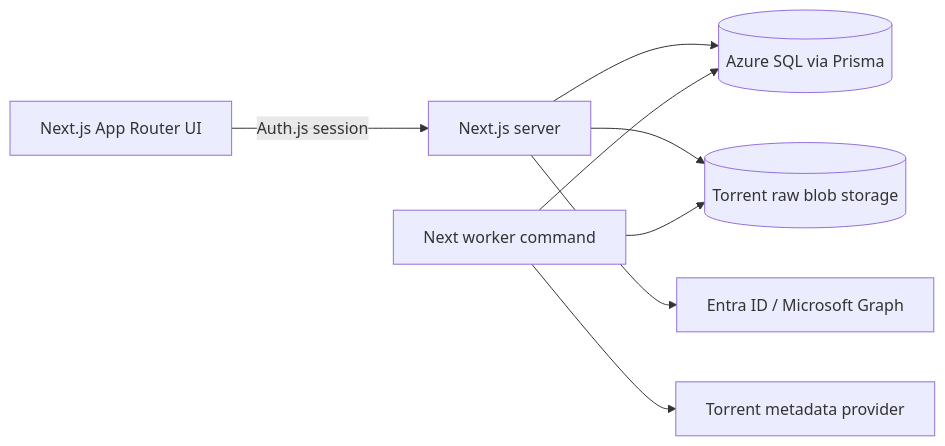
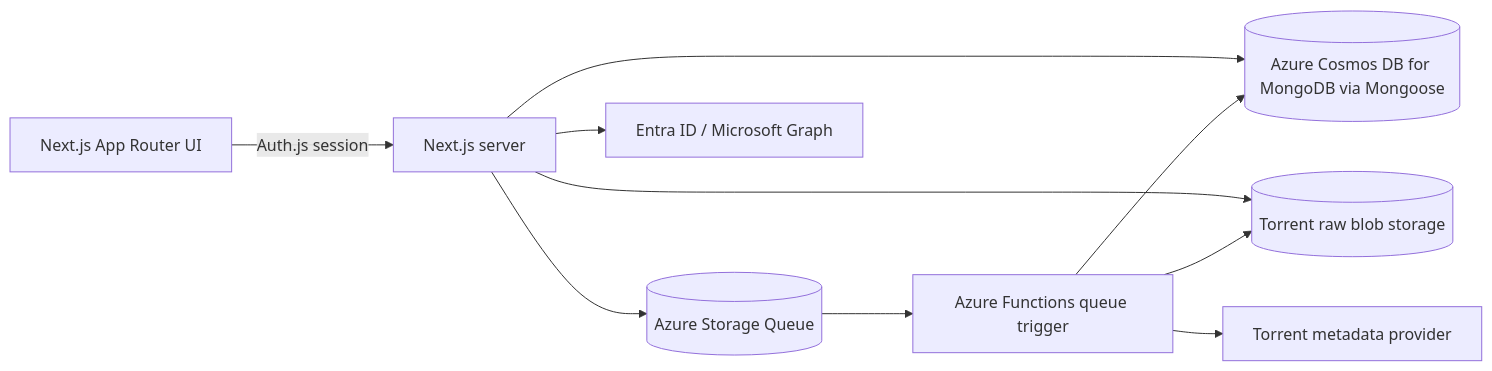
One commit to Co2Link/MyMediaVault changed the diagram in docs/architecture.md. Above: the diagram before and after it, drawn with Mermaid. The commit also changed other lines of this file and 70 other files, not shown here.

Commit message:
Migrate metadata worker to Mongoose functions

````diff
--- a/docs/architecture.md
+++ b/docs/architecture.md
@@ -9,10 +9,12 @@
 ```mermaid
 flowchart LR
   Browser[Next.js App Router UI] -->|Auth.js session| Web[Next.js server]
-  Web --> DB[(Azure SQL via Prisma)]
+  Web --> DB[(Azure Cosmos DB for MongoDB via Mongoose)]
+  Web --> Queue[(Azure Storage Queue)]
   Web --> Blob[(Torrent raw blob storage)]
   Web --> Entra[Entra ID / Microsoft Graph]
-  Worker[Next worker command] --> DB
-  Worker --> Blob
-  Worker --> Provider[Torrent metadata provider]
+  Queue --> Functions[Azure Functions queue trigger]
+  Functions --> DB
+  Functions --> Blob
+  Functions --> Provider[Torrent metadata provider]
 ```
````
